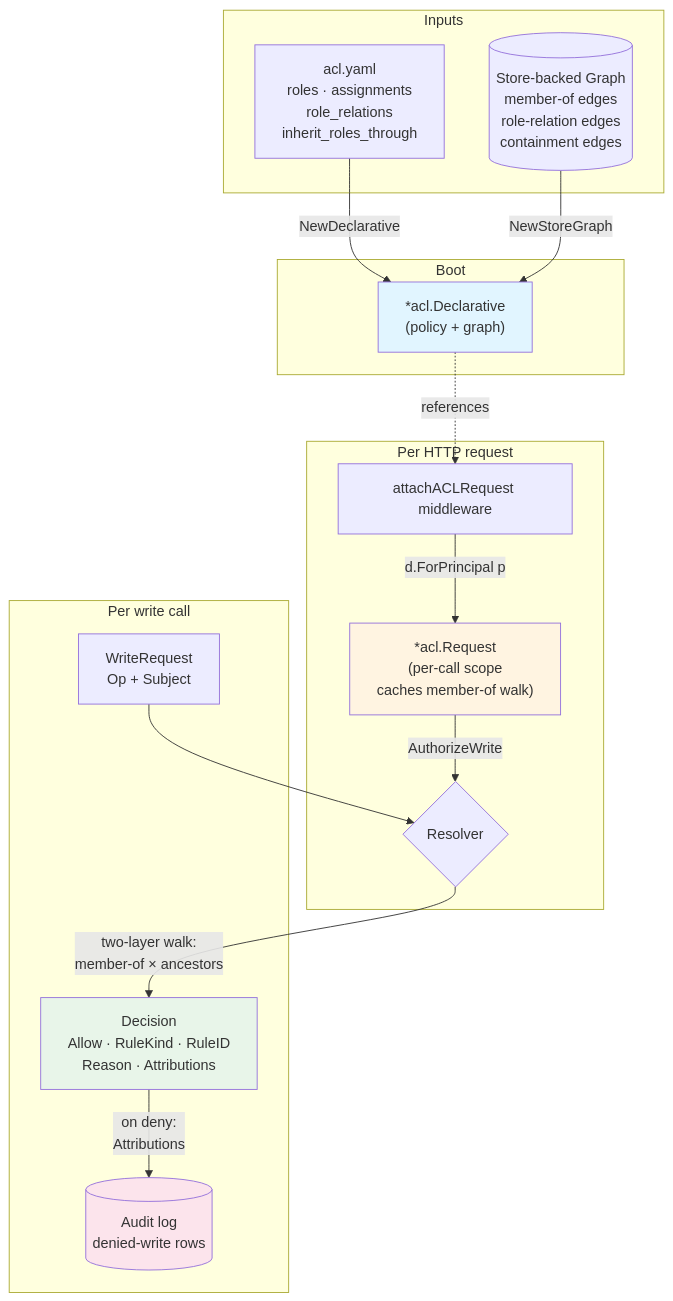
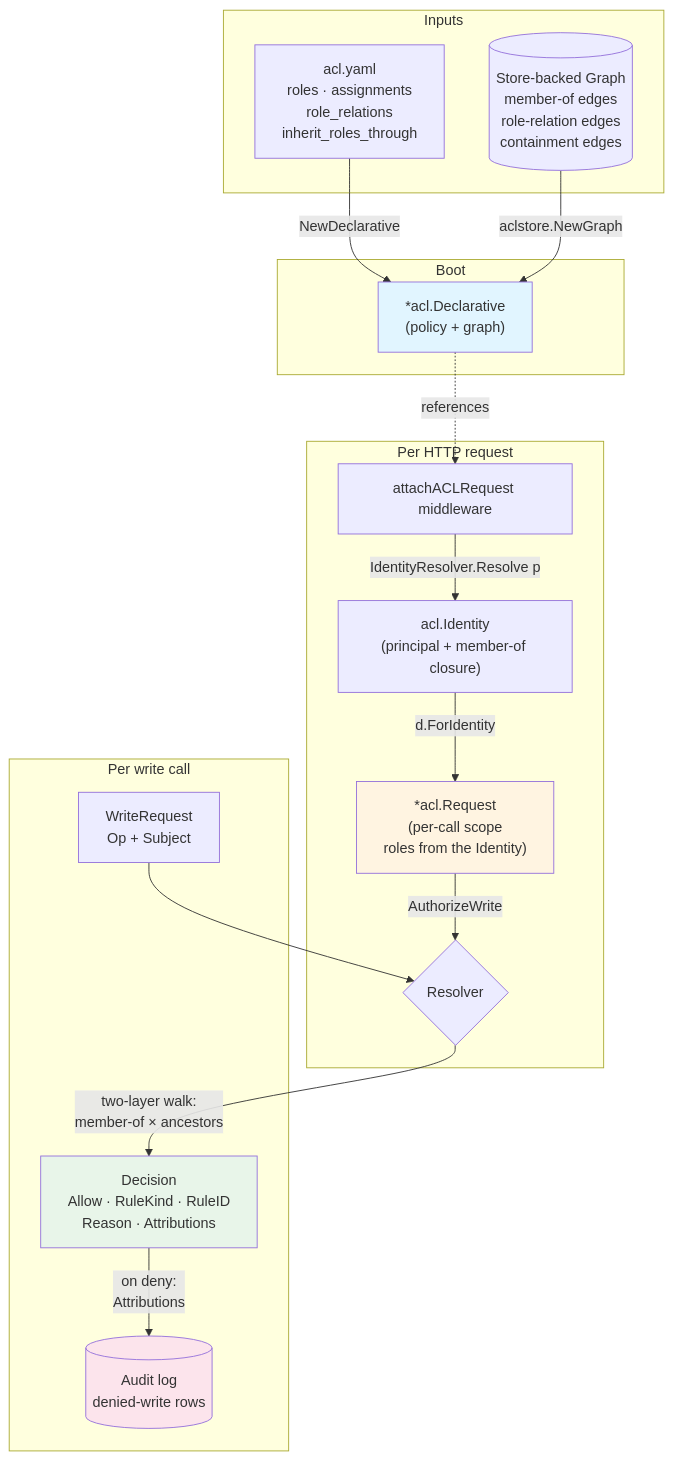
One commit to sourcehaven-bv/rela changed the first of 3 diagrams in docs-project/entities/guides/GUIDE-acl-overview.md. Above: the diagram before and after it, drawn with Mermaid. The commit also changed other lines of this file and 716 other files, not shown here.

First line of the commit message:
ACL boundary refactor: identity at the edge, search field scope in the query, gated writes (#1907)

````diff
--- a/docs-project/entities/guides/GUIDE-acl-overview.md
+++ b/docs-project/entities/guides/GUIDE-acl-overview.md
@@ -23,39 +23,41 @@
 ```mermaid
 graph TD
     subgraph Inputs
         Policy[acl.yaml<br/>roles · assignments<br/>role_relations<br/>inherit_roles_through]
         Graph[(Store-backed Graph<br/>member-of edges<br/>role-relation edges<br/>containment edges)]
     end
 
     subgraph Boot
         Declarative["*acl.Declarative<br/>(policy + graph)"]
     end
 
     Policy -->|NewDeclarative| Declarative
-    Graph -->|NewStoreGraph| Declarative
+    Graph -->|aclstore.NewGraph| Declarative
 
     subgraph PerRequest [Per HTTP request]
         Middleware[attachACLRequest middleware]
-        Request["*acl.Request<br/>(per-call scope<br/>caches member-of walk)"]
+        Identity["acl.Identity<br/>(principal + member-of closure)"]
+        Request["*acl.Request<br/>(per-call scope<br/>roles from the Identity)"]
         Resolver{Resolver}
     end
 
-    Middleware -->|d.ForPrincipal p| Request
+    Middleware -->|IdentityResolver.Resolve p| Identity
+    Identity -->|d.ForIdentity| Request
     Declarative -.references.-> Middleware
 
     subgraph WriteCall [Per write call]
         WReq[WriteRequest<br/>Op + Subject]
         Decision[Decision<br/>Allow · RuleKind · RuleID<br/>Reason · Attributions]
         Audit[(Audit log<br/>denied-write rows)]
     end
 
     Request -->|AuthorizeWrite| Resolver
     WReq --> Resolver
     Resolver -->|two-layer walk:<br/>member-of × ancestors| Decision
     Decision -->|on deny:<br/>Attributions| Audit
 
     style Declarative fill:#e1f5ff
     style Request fill:#fff4e1
     style Decision fill:#e8f5e9
     style Audit fill:#fce4ec
 ```
````
